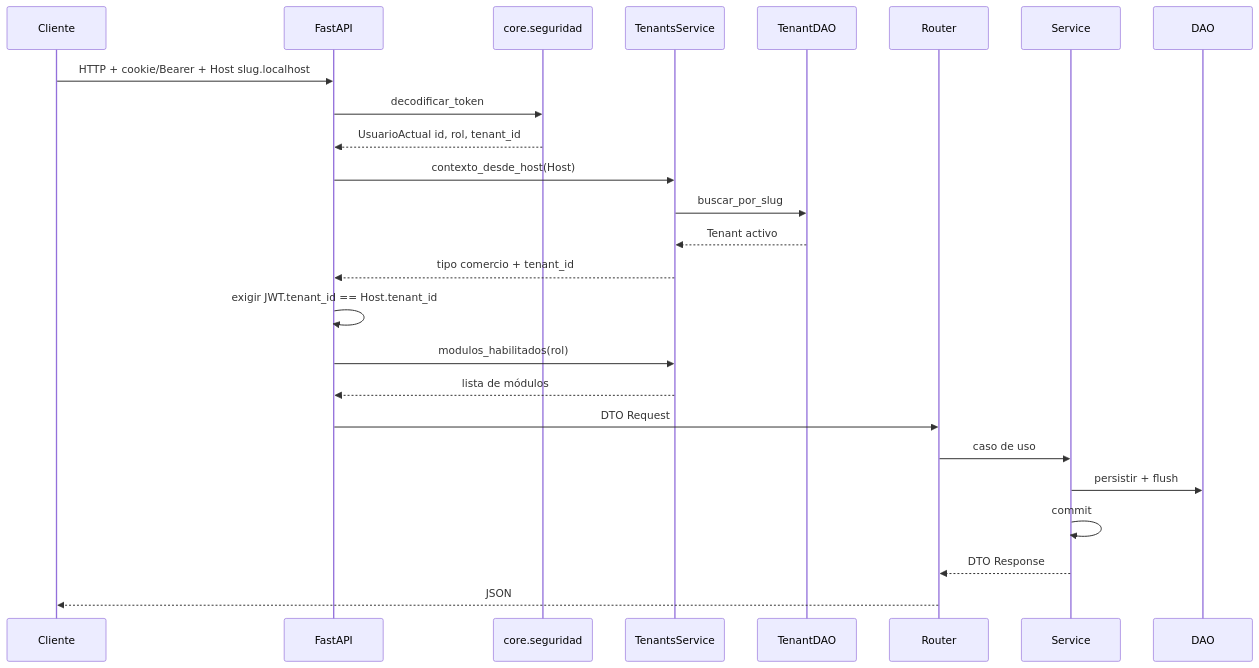
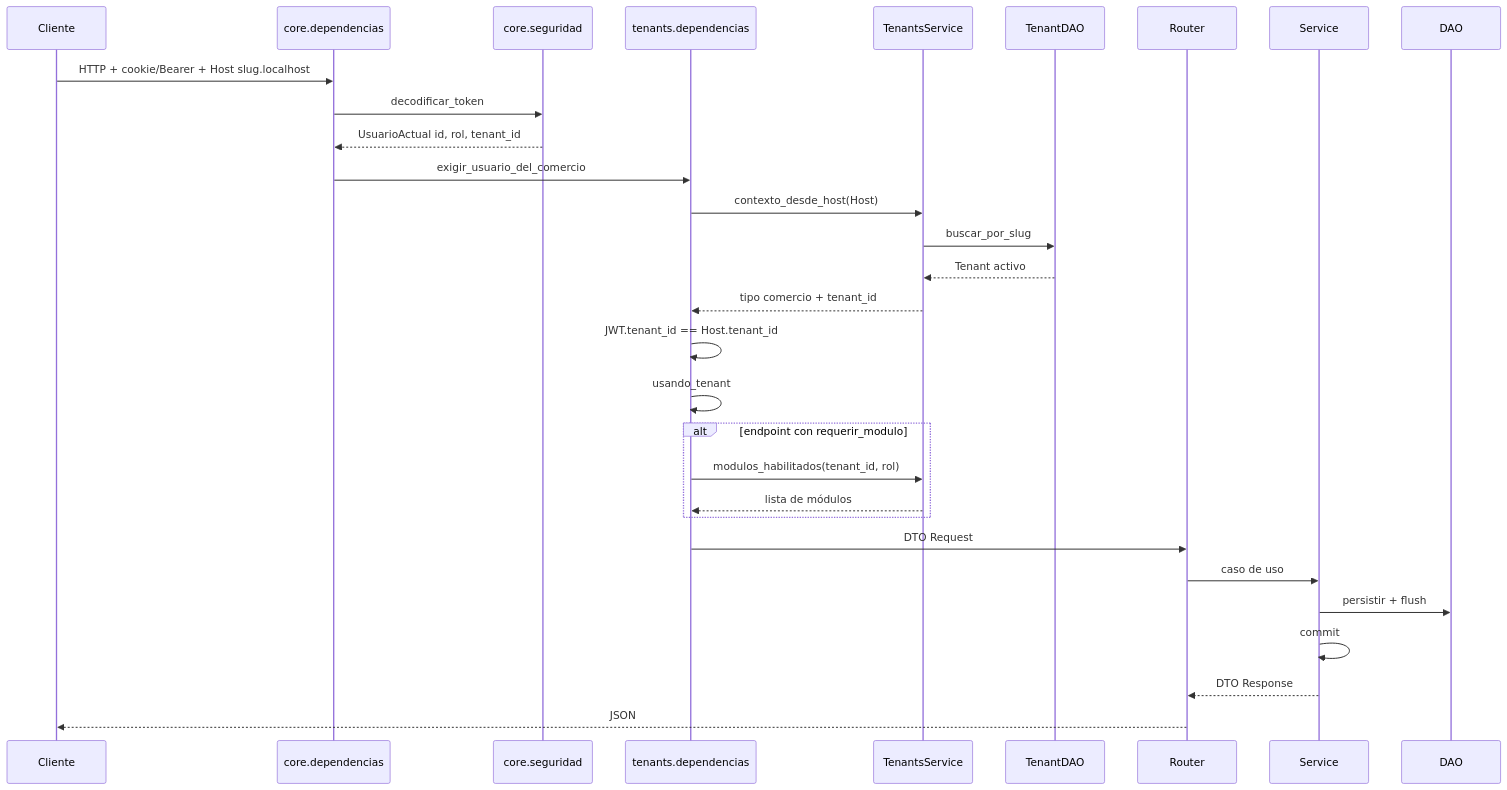
The first of 2 diagrams in docs/diagramas/00-transversal.md (estsan3/ventas360-api), drawn with Mermaid before and after one commit. The commit also changed other lines of this file and 21 other files, not shown here.

First line of the commit message:
docs: diagramas de secuencia por módulo (sync 2026-11-17)

````diff
--- a/docs/diagramas/00-transversal.md
+++ b/docs/diagramas/00-transversal.md
@@ -10,28 +10,33 @@
 ```mermaid
 sequenceDiagram
     participant Cliente
-    participant FastAPI
+    participant DepJWT as core.dependencias
     participant JWT as core.seguridad
+    participant DepTenant as tenants.dependencias
     participant TenantsSvc as TenantsService
     participant TenantDAO
     participant Router
     participant Service
     participant DAO
 
-    Cliente->>FastAPI: HTTP + cookie/Bearer + Host slug.localhost
-    FastAPI->>JWT: decodificar_token
-    JWT-->>FastAPI: UsuarioActual id, rol, tenant_id
-    FastAPI->>TenantsSvc: contexto_desde_host(Host)
+    Cliente->>DepJWT: HTTP + cookie/Bearer + Host slug.localhost
+    DepJWT->>JWT: decodificar_token
+    JWT-->>DepJWT: UsuarioActual id, rol, tenant_id
+    DepJWT->>DepTenant: exigir_usuario_del_comercio
+    DepTenant->>TenantsSvc: contexto_desde_host(Host)
     TenantsSvc->>TenantDAO: buscar_por_slug
     TenantDAO-->>TenantsSvc: Tenant activo
-    TenantsSvc-->>FastAPI: tipo comercio + tenant_id
-    FastAPI->>FastAPI: exigir JWT.tenant_id == Host.tenant_id
-    FastAPI->>TenantsSvc: modulos_habilitados(rol)
-    TenantsSvc-->>FastAPI: lista de módulos
-    FastAPI->>Router: DTO Request
+    TenantsSvc-->>DepTenant: tipo comercio + tenant_id
+    DepTenant->>DepTenant: JWT.tenant_id == Host.tenant_id
+    DepTenant->>DepTenant: usando_tenant
+    alt endpoint con requerir_modulo
+        DepTenant->>TenantsSvc: modulos_habilitados(tenant_id, rol)
+        TenantsSvc-->>DepTenant: lista de módulos
+    end
+    DepTenant->>Router: DTO Request
     Router->>Service: caso de uso
     Service->>DAO: persistir + flush
     Service->>Service: commit
     Service-->>Router: DTO Response
     Router-->>Cliente: JSON
 ```
````
